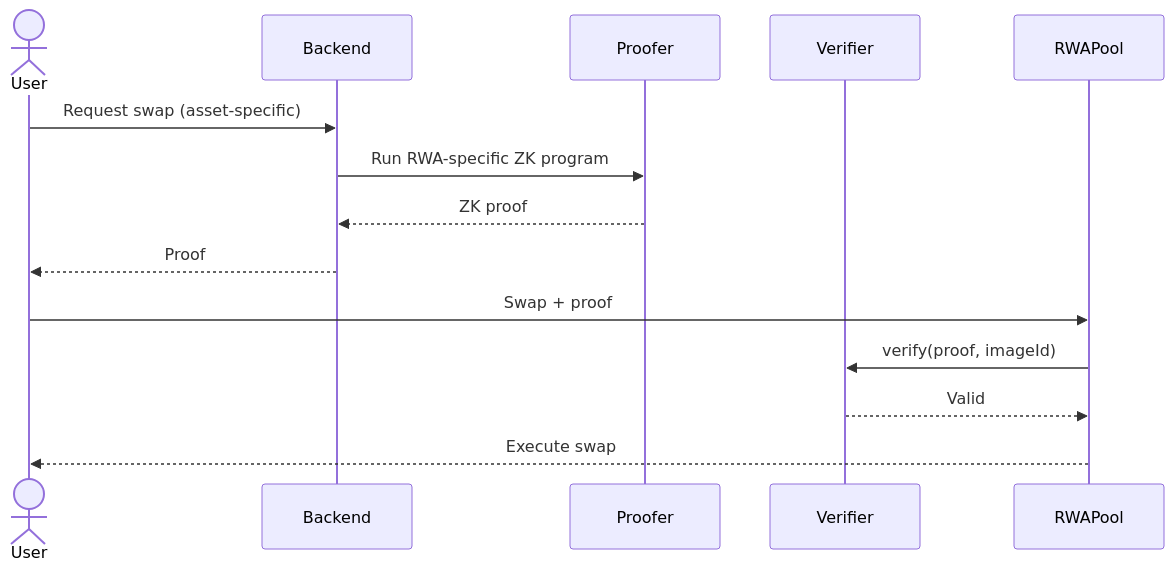
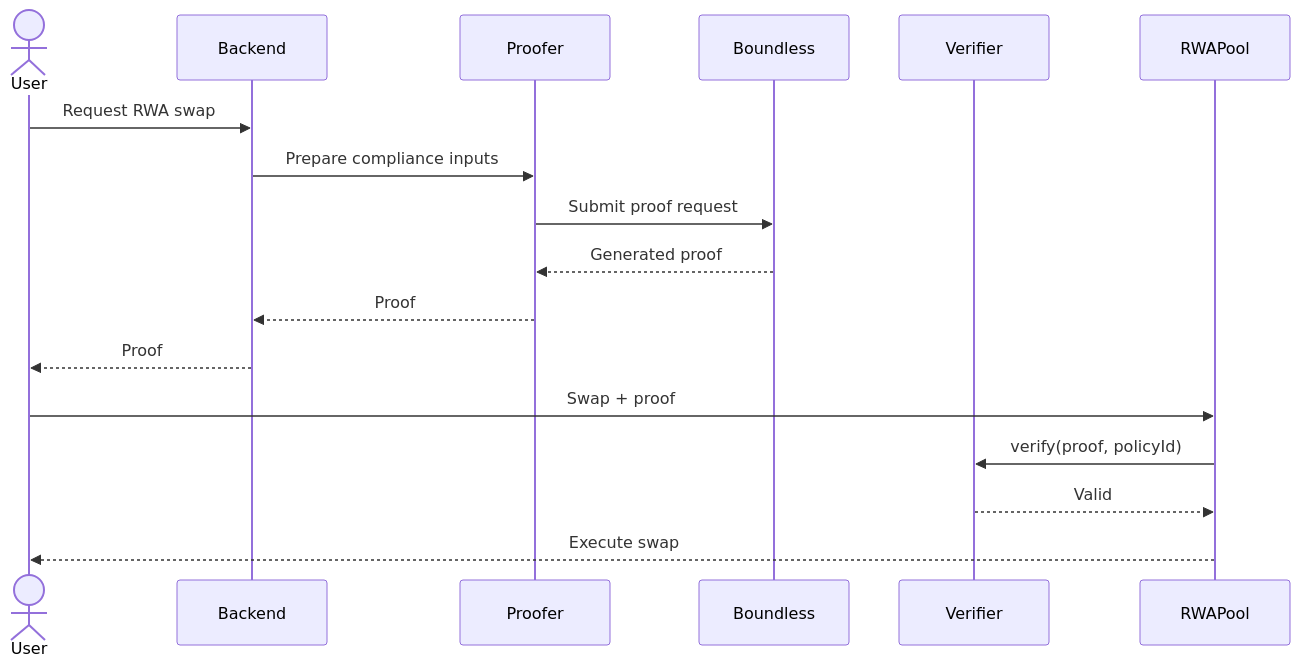
Before and after one commit to yehia67/mantle-usd: the third of 5 diagrams in README.md, drawn with Mermaid. The commit also changed other lines of this file, not shown here.

First line of the commit message:
doc: re-add boundless

````diff
--- a/README.md
+++ b/README.md
@@ -185,18 +182,21 @@
 ```mermaid
 sequenceDiagram
     actor User
     participant Backend
     participant Proofer
+    participant Boundless
     participant Verifier
     participant RWAPool
 
-    User->>Backend: Request swap (asset-specific)
-    Backend->>Proofer: Run RWA-specific ZK program
-    Proofer-->>Backend: ZK proof
+    User->>Backend: Request RWA swap
+    Backend->>Proofer: Prepare compliance inputs
+    Proofer->>Boundless: Submit proof request
+    Boundless-->>Proofer: Generated proof
+    Proofer-->>Backend: Proof
     Backend-->>User: Proof
 
     User->>RWAPool: Swap + proof
-    RWAPool->>Verifier: verify(proof, imageId)
+    RWAPool->>Verifier: verify(proof, policyId)
     Verifier-->>RWAPool: Valid
     RWAPool-->>User: Execute swap
 ```
````
